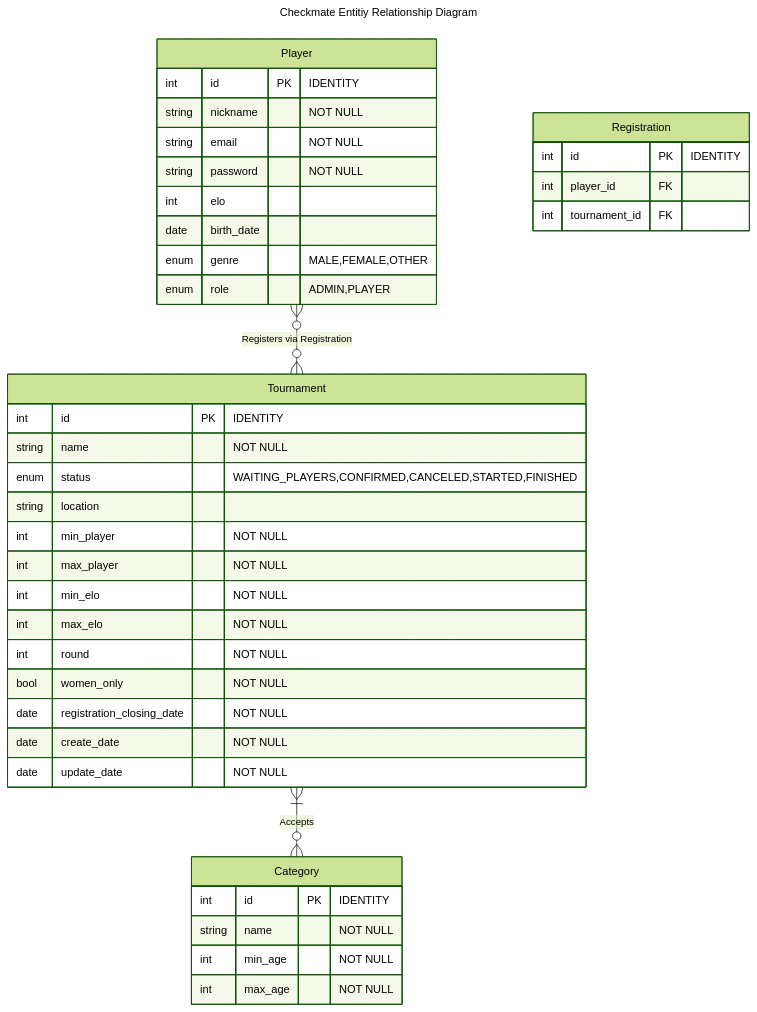
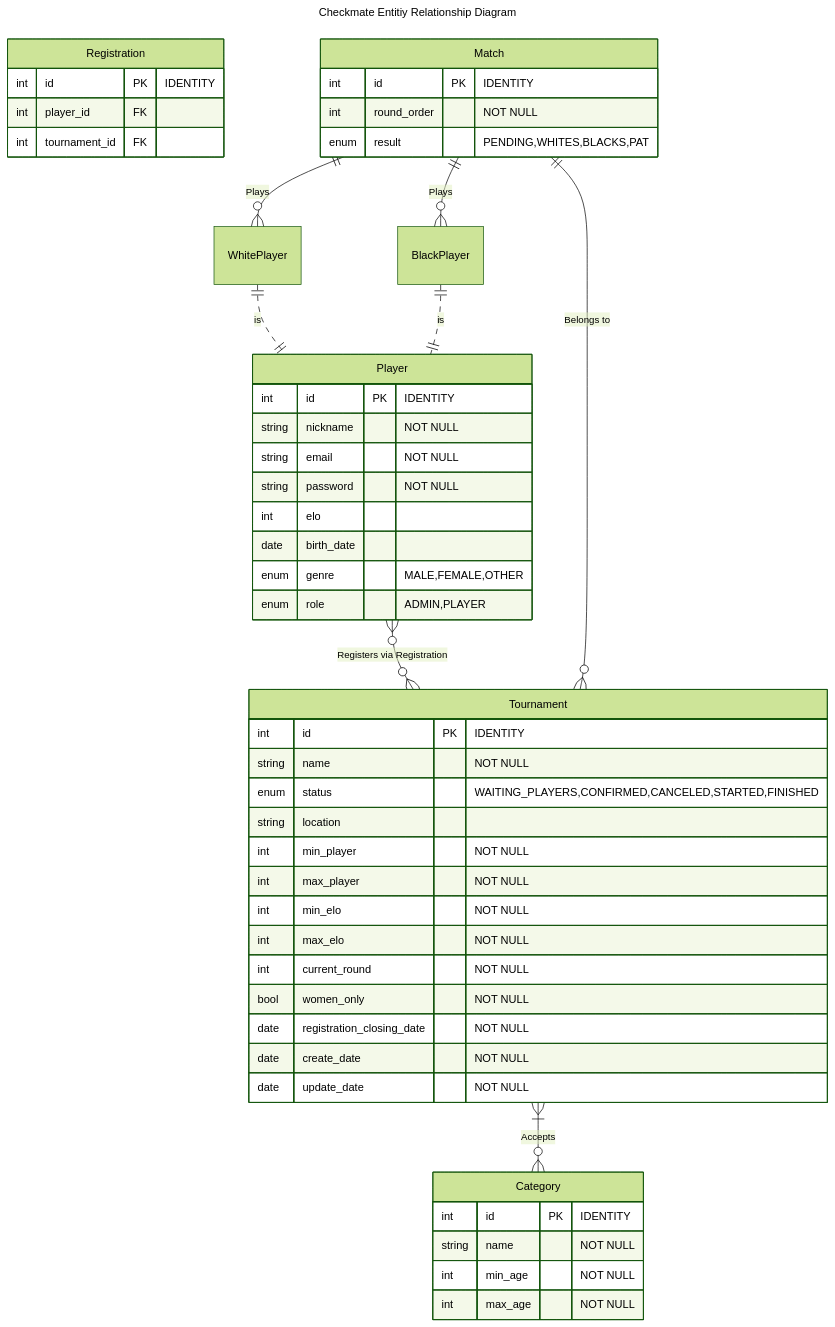
The diagram in specs/erd.mmd (efemero-formation-fullstack/checkmate), drawn with Mermaid before and after one commit.

Commit message:
maybe a good erd

```diff
--- a/specs/erd.mmd
+++ b/specs/erd.mmd
@@ -1,49 +1,67 @@
 ---
 config:
   theme: 'forest'
 title: Checkmate Entitiy Relationship Diagram
 ---
 
 erDiagram
 	Player {
 		int id PK "IDENTITY"
 		string nickname "NOT NULL"
 		string email "NOT NULL"
 		string password "NOT NULL"
 		int elo
 		date birth_date
 		enum genre "MALE,FEMALE,OTHER"
 		enum role "ADMIN,PLAYER"
 	}
+	
+	WhitePlayer {}
+	
+	BlackPlayer {}
+
+	WhitePlayer ||..|| Player : is
+	BlackPlayer ||..|| Player : is
 
 	Tournament {
 		int id PK "IDENTITY"
 		string name "NOT NULL"
 		enum status "WAITING_PLAYERS,CONFIRMED,CANCELED,STARTED,FINISHED"
 		string location
 		int min_player "NOT NULL"
 		int max_player "NOT NULL"
 		int min_elo "NOT NULL"
 		int max_elo "NOT NULL"
-		int round "NOT NULL"
+		int current_round "NOT NULL"
 		bool women_only "NOT NULL"
 		date registration_closing_date "NOT NULL"
 		date create_date "NOT NULL"
 		date update_date "NOT NULL"
 	}
 
 	Category {
 		int id PK "IDENTITY"
 		string name "NOT NULL"
 		int min_age "NOT NULL"
 		int max_age "NOT NULL"
 	}
 
 	Registration {
 		int id PK "IDENTITY"
 		int player_id FK
 		int tournament_id FK
 	}
 
+	Match {
+		int id PK "IDENTITY"
+		int round_order "NOT NULL"
+		enum result "PENDING,WHITES,BLACKS,PAT"
+	}
+
+
 	Tournament }|--o{ Category : Accepts
 	Player }o--o{ Tournament : "Registers via Registration"
+		
+	Match ||--o{ Tournament : "Belongs to"
+	Match ||--o{ WhitePlayer : "Plays"
+	Match ||--o{ BlackPlayer : "Plays"
```
